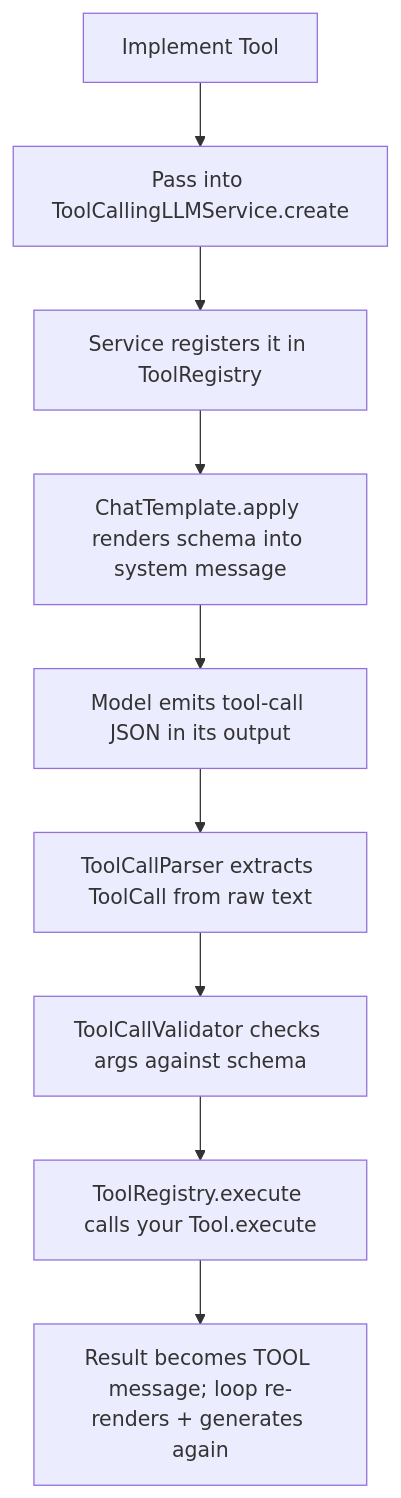
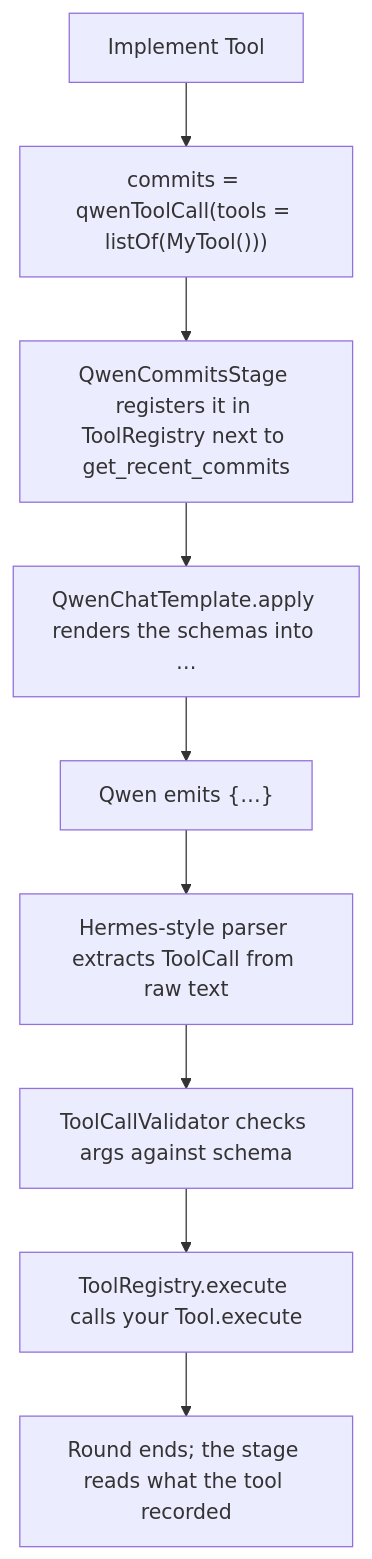
Before and after one commit to michalharakal/Daily-StandAPP: the diagram in docs/modules/prompt-engineering/pages/how-to/add-a-new-tool.adoc, drawn with Mermaid. The commit also changed other lines of this file and 38 other files, not shown here.

```diff
--- a/docs/modules/prompt-engineering/pages/how-to/add-a-new-tool.adoc
+++ b/docs/modules/prompt-engineering/pages/how-to/add-a-new-tool.adoc
@@ -48,12 +76,12 @@
 [mermaid]
 ----
 flowchart TB
-    A[Implement Tool] --> B[Pass into ToolCallingLLMService.create]
-    B --> C[Service registers it in ToolRegistry]
-    C --> D[ChatTemplate.apply renders schema into system message]
-    D --> E[Model emits tool-call JSON in its output]
-    E --> F[ToolCallParser extracts ToolCall from raw text]
+    A[Implement Tool] --> B["commits = qwenToolCall(tools = listOf(MyTool()))"]
+    B --> C[QwenCommitsStage registers it in ToolRegistry next to get_recent_commits]
+    C --> D["QwenChatTemplate.apply renders the schemas into <tools>…</tools>"]
+    D --> E["Qwen emits <tool_call>{…}</tool_call>"]
+    E --> F[Hermes-style parser extracts ToolCall from raw text]
     F --> G[ToolCallValidator checks args against schema]
     G --> H[ToolRegistry.execute calls your Tool.execute]
-    H --> I[Result becomes TOOL message; loop re-renders + generates again]
+    H --> I[Round ends; the stage reads what the tool recorded]
 ----
```
